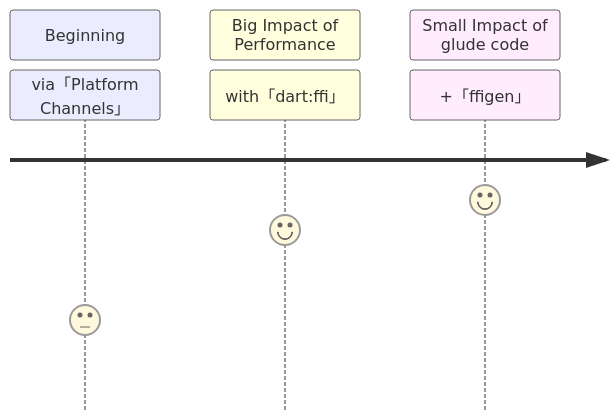
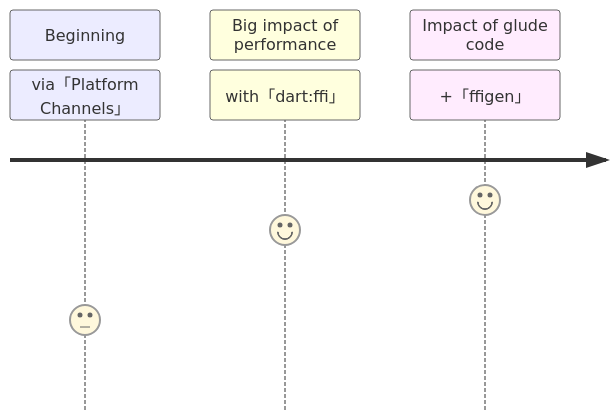
The diagram in slide/pages/journey_native_C_APIs.md (sensuikan1973/flutter_expensive_native_embedding_journey), drawn with Mermaid before and after one commit. The commit also changed 1 other file, not shown here.

````diff
--- a/slide/pages/journey_native_C_APIs.md
+++ b/slide/pages/journey_native_C_APIs.md
@@ -21,9 +21,9 @@
 ```mermaid {scale: 0.6}
 journey
     section Beginning
         via「Platform Channels」: 3
-    section Big Impact of Performance
+    section Big impact of performance
         with「dart#58;ffi」 : 6
-    section Small Impact of glude code
+    section Impact of glude code
         +「ffigen」 : 7
 ```
````
